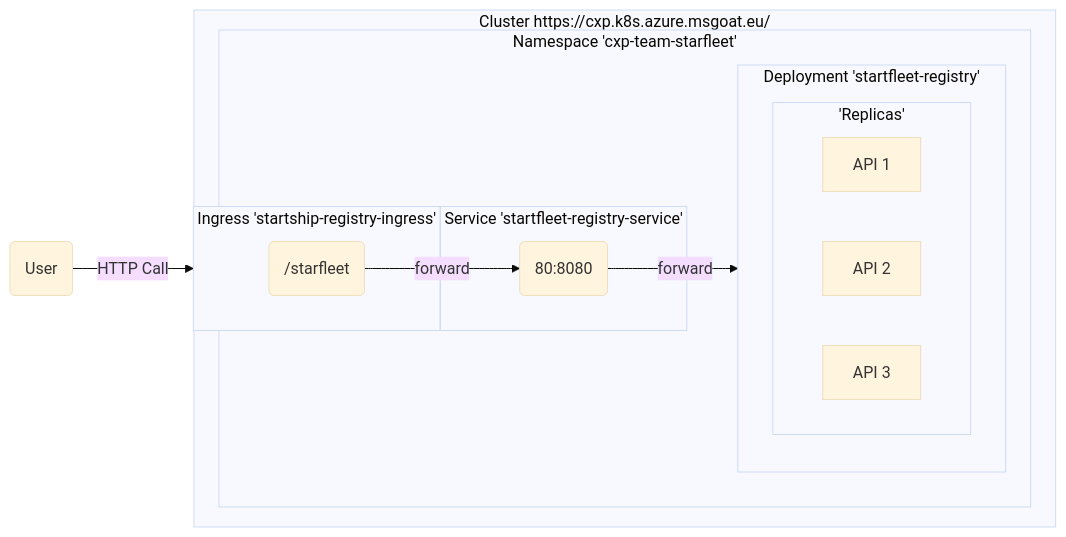
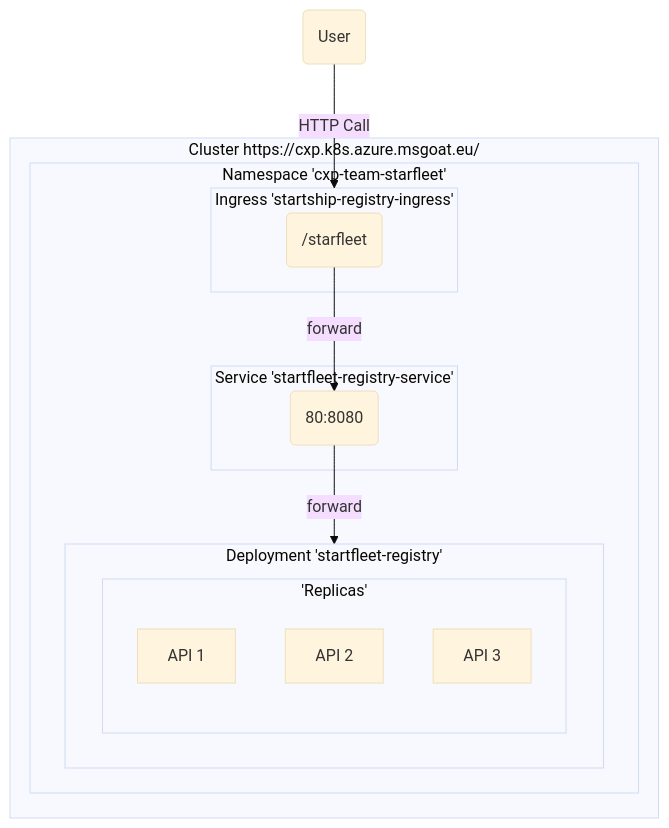
The second of 2 diagrams in README.md (riker09/cxp-homework), drawn with Mermaid (base theme) before and after one commit.

Commit message:
Fix diagram direction

````diff
--- a/README.md
+++ b/README.md
@@ -21,44 +21,44 @@
 ```mermaid
-flowchart LR
+flowchart TB
     %% User
     user(User)
     
     %% Namespace
     subgraph namespace[Namespace 'cxp-team-starfleet']
         ingress
         service
         deployment
     end
     
     %% Cluster
     subgraph cluster["Cluster https://cxp.k8s.azure.msgoat.eu/"]
 
         namespace
         
         %% Ingress
         subgraph ingress[Ingress 'startship-registry-ingress']
             ingresspath("/starfleet")
         end
         
         %% Service
         subgraph service[Service 'startfleet-registry-service']
             serviceapp(80:8080)
         end
         
         ingresspath -->|forward| serviceapp
         
         %% Deployment
         subgraph deployment[Deployment 'startfleet-registry']
             subgraph replicas['Replicas']
                 replica1[API 1]
                 replica2[API 2]
                 replica3[API 3]
             end
         end
         
         serviceapp -->|forward| deployment
     end
     
     %% User access
     user -->|HTTP Call| ingress
 ```
````
